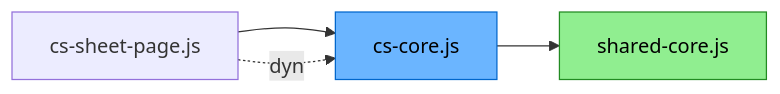
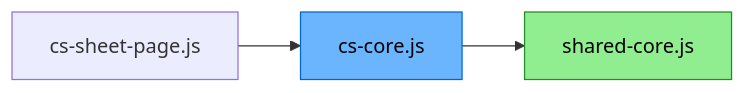
The first of 2 diagrams in FLOWCHART.md (bmfrosty/ose-level-0), drawn with Mermaid before and after one commit. The commit also changed 4 other files, not shown here.

````diff
--- a/FLOWCHART.md
+++ b/FLOWCHART.md
@@ -19,24 +19,20 @@
 ```mermaid
 flowchart LR
     classDef shared fill:#90EE90,stroke:#228B22,color:#000
     classDef csOnly fill:#6bb5ff,stroke:#0066cc,color:#000
 
     csjs["cs-sheet-page.js"]
 
     %% green — shared-core.js (reached via cs-core.js)
     core["shared-core.js"]
 
     %% blue — cs-sheet-page.js flow only
     cscore["cs-core.js"]
 
     class core shared
     class cscore csOnly
 
     %% static imports
     csjs --> cscore
-
-    %% dynamic imports
-    csjs -.->|dyn| cscore
-
     cscore --> core
 ```
````
